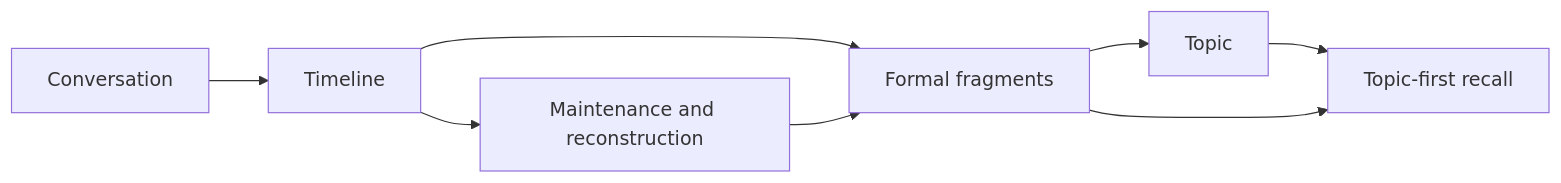
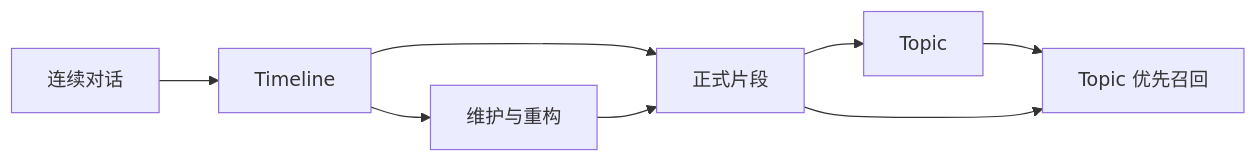
The diagram in README.md (Eco404/astrbot_plugin_livingmemory), drawn with Mermaid before and after one commit. The commit also changed other lines of this file and 11 other files, not shown here.

````diff
--- a/README.md
+++ b/README.md
@@ -41,10 +41,10 @@
 ```mermaid
 flowchart LR
-    A[Conversation] --> B[Timeline]
-    B --> C[Formal fragments]
+    A[连续对话] --> B[Timeline]
+    B --> C[正式片段]
     C --> D[Topic]
-    D --> E[Topic-first recall]
+    D --> E[Topic 优先召回]
     C --> E
-    B --> F[Maintenance and reconstruction]
+    B --> F[维护与重构]
     F --> C
 ```
````
